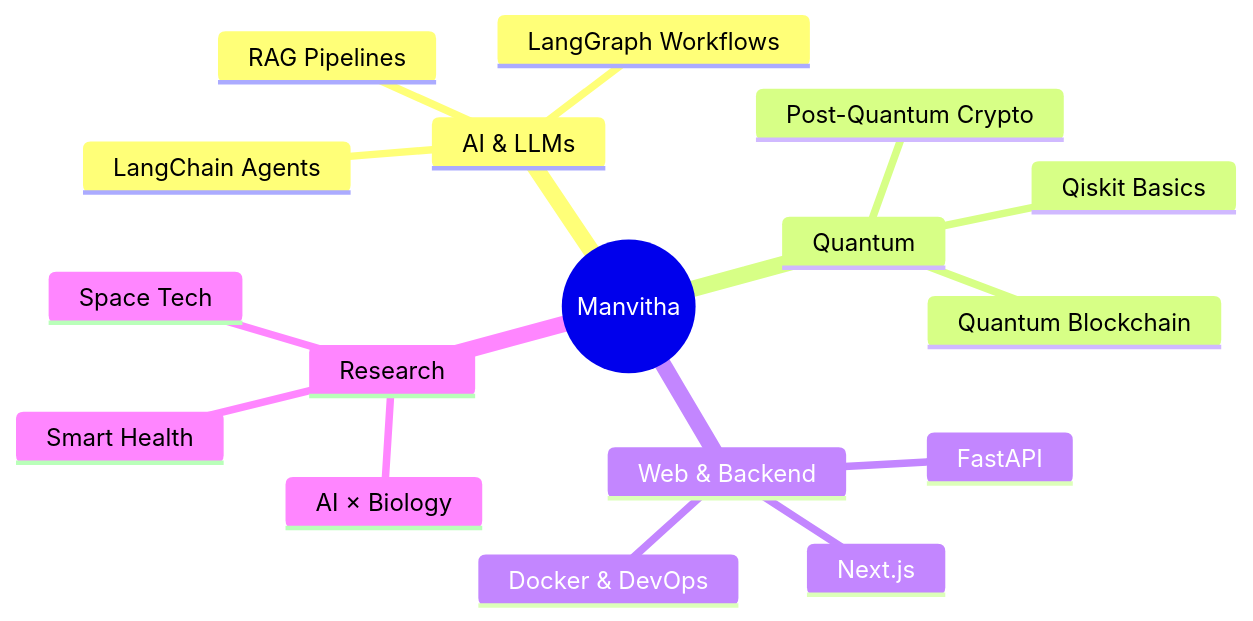
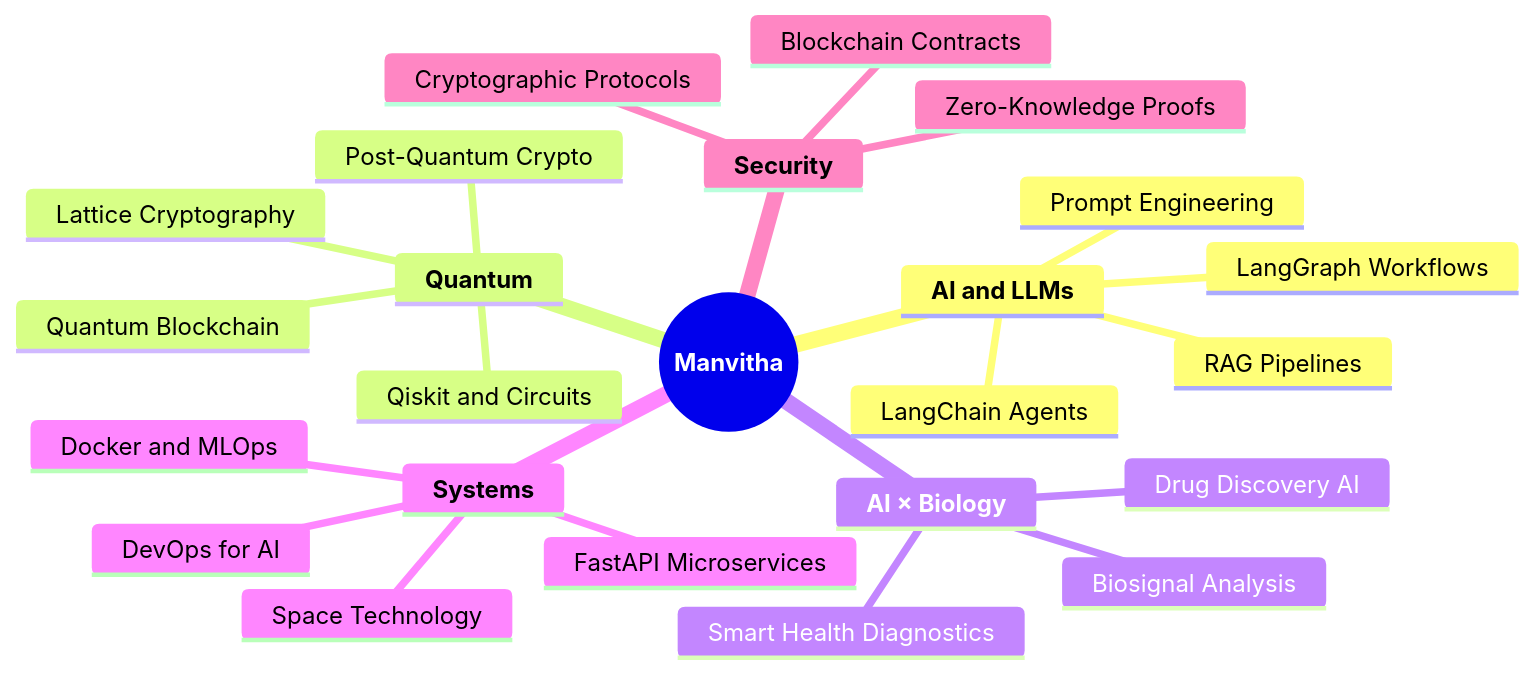
One commit to Manvitha3004/Manvitha3004 changed the diagram in README.md. Above: the diagram before and after it, drawn with Mermaid. The commit also changed other lines of this file, not shown here.

````diff
--- a/README.md
+++ b/README.md
@@ -136,20 +170,27 @@
 ```mermaid
 mindmap
-  root((Manvitha))
-    AI & LLMs
+  root((**Manvitha**))
+    **AI and LLMs**
       LangChain Agents
       LangGraph Workflows
       RAG Pipelines
-    Quantum
+      Prompt Engineering
+    **Quantum**
       Post-Quantum Crypto
+      Qiskit and Circuits
       Quantum Blockchain
-      Qiskit Basics
-    Web & Backend
-      FastAPI
-      Next.js
-      Docker & DevOps
-    Research
-      AI × Biology
-      Space Tech
-      Smart Health
+      Lattice Cryptography
+    **AI × Biology**
+      Smart Health Diagnostics
+      Biosignal Analysis
+      Drug Discovery AI
+    **Systems**
+      FastAPI Microservices
+      Docker and MLOps
+      DevOps for AI
+      Space Technology
+    **Security**
+      Blockchain Contracts
+      Zero-Knowledge Proofs
+      Cryptographic Protocols
 ```
````
